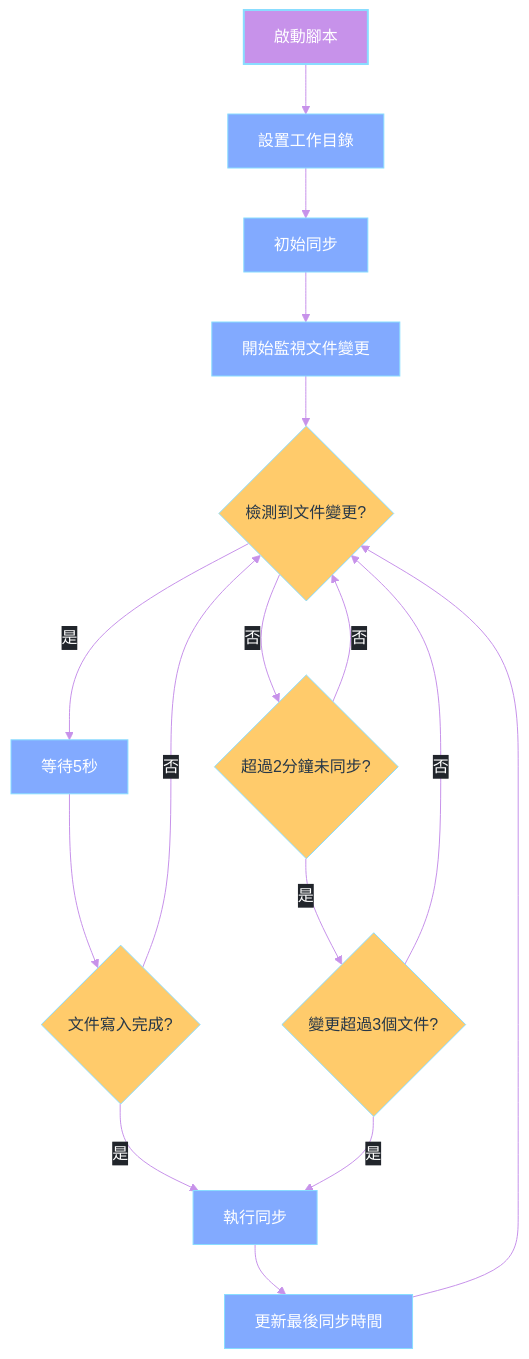
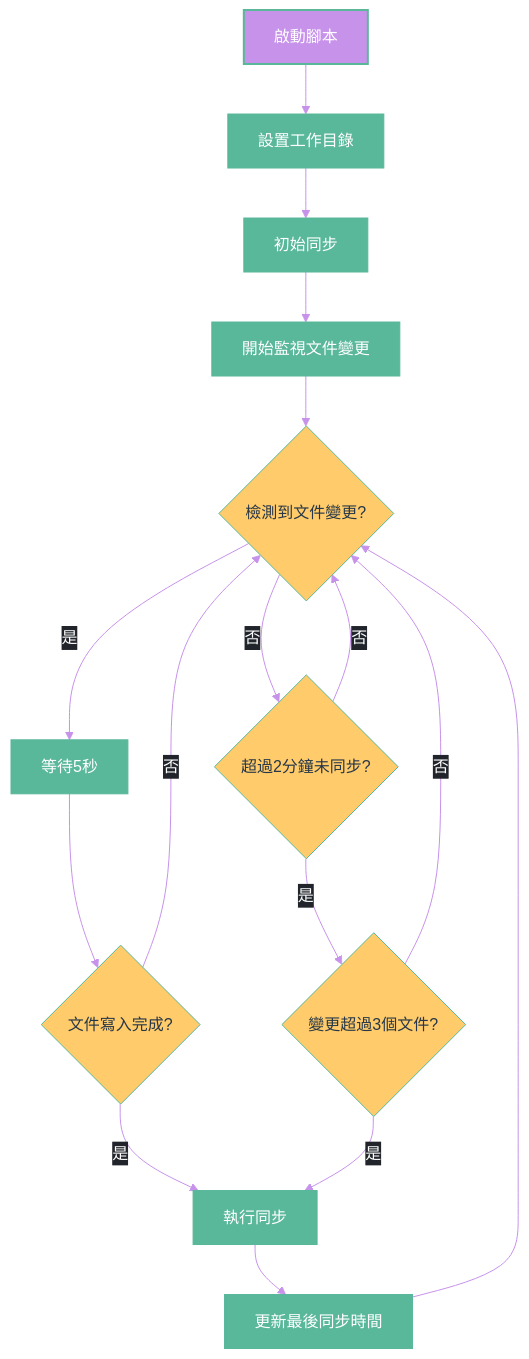
The second of 2 diagrams in Logseq同步方案演進記錄.md (GengGeng026/Sync-Logseq), drawn with Mermaid before and after one commit.

Commit message:
Auto-sync: Wed Mar 26 08:25:37 +08 2025

````diff
--- a/Logseq同步方案演進記錄.md
+++ b/Logseq同步方案演進記錄.md
@@ -371,52 +371,52 @@
 ```mermaid
 %%{init: {
   'theme': 'base', 
   'themeVariables': {
     'primaryColor': '#59B79A',
     'primaryTextColor': '#FFFFFF',
     'primaryBorderColor': '#59B79A',
     'lineColor': '#C792EA',
     'secondaryColor': '#FFCB6B',
     'tertiaryColor': '#F07178',
     'background': 'transparent',
     'textColor': '#EEFFFF',
     'mainBkg': '#273747',
     'nodeBorder': '#59B79A',
     'clusterBkg': 'transparent',
     'edgeLabelBackground': '#21252B'
   },
   'flowchart': {
     'curve': 'basis',
     'nodeSpacing': 50,
     'rankSpacing': 50,
     'padding': 15
   }
 }}%%
 flowchart TD
     %% 節點樣式優化
-    classDef start fill:#C792EA,stroke:#89DDFF,color:#FFFFFF,stroke-width:2px;
-    classDef process fill:#82AAFF,stroke:#89DDFF,color:#FFFFFF,stroke-width:1px;
-    classDef condition fill:#FFCB6B,stroke:#89DDFF,color:#273747,stroke-width:1px,shape:diamond;
-    classDef action fill:#F07178,stroke:#89DDFF,color:#FFFFFF,stroke-width:1px;
+    classDef start fill:#C792EA,stroke:#59B79A,color:#FFFFFF,stroke-width:2px;
+    classDef process fill:#59B79A,stroke:#59B79A,color:#FFFFFF,stroke-width:1px;
+    classDef condition fill:#FFCB6B,stroke:#59B79A,color:#273747,stroke-width:1px,shape:diamond;
+    classDef action fill:#F07178,stroke:#59B79A,color:#FFFFFF,stroke-width:1px;
     
     A[啟動腳本] --> B[設置工作目錄]
     B --> C[初始同步]
     C --> D[開始監視文件變更]
     D --> E{檢測到文件變更?}
     E -->|是| F[等待5秒]
     F --> G{文件寫入完成?}
     G -->|是| H[執行同步]
     G -->|否| E
     E -->|否| I{超過2分鐘未同步?}
     I -->|是| J{變更超過3個文件?}
     J -->|是| H
     J -->|否| E
     I -->|否| E
     H --> K[更新最後同步時間]
     K --> E
     
     %% 應用樣式
     class A start;
     class B,C,D,F,H,K process;
     class E,G,I,J condition;
 ```
````
